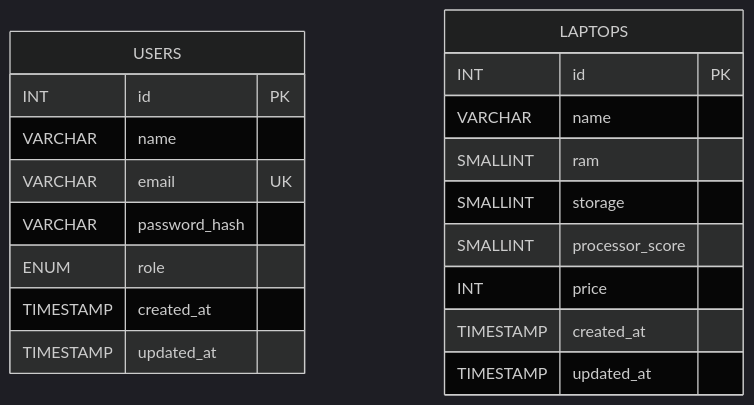
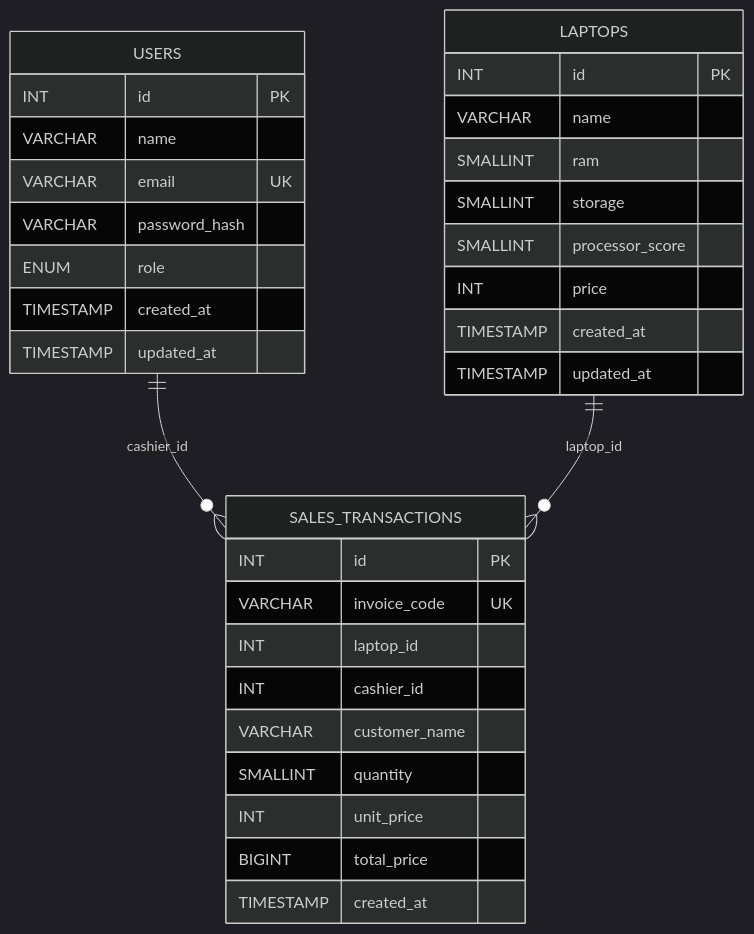
One commit to yeniseptianiputri/ta-pemilihan-laptop changed the seventh of 7 diagrams in README.md. Above: the diagram before and after it, drawn with Mermaid (dark theme). The commit also changed other lines of this file and 15 other files, not shown here.

````diff
--- a/README.md
+++ b/README.md
@@ -281,23 +337,38 @@
 ```mermaid
 erDiagram
     USERS {
         INT id PK
         VARCHAR name
         VARCHAR email UK
         VARCHAR password_hash
         ENUM role
         TIMESTAMP created_at
         TIMESTAMP updated_at
     }
 
     LAPTOPS {
         INT id PK
         VARCHAR name
         SMALLINT ram
         SMALLINT storage
         SMALLINT processor_score
         INT price
         TIMESTAMP created_at
         TIMESTAMP updated_at
     }
+
+    SALES_TRANSACTIONS {
+        INT id PK
+        VARCHAR invoice_code UK
+        INT laptop_id
+        INT cashier_id
+        VARCHAR customer_name
+        SMALLINT quantity
+        INT unit_price
+        BIGINT total_price
+        TIMESTAMP created_at
+    }
+
+    USERS ||--o{ SALES_TRANSACTIONS : cashier_id
+    LAPTOPS ||--o{ SALES_TRANSACTIONS : laptop_id
 ```
````
